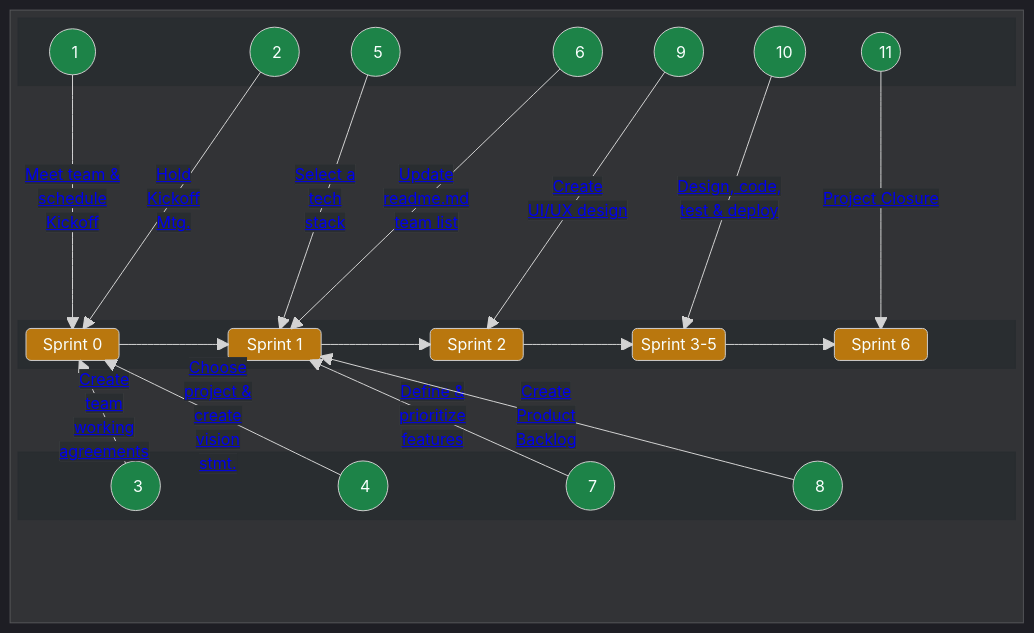
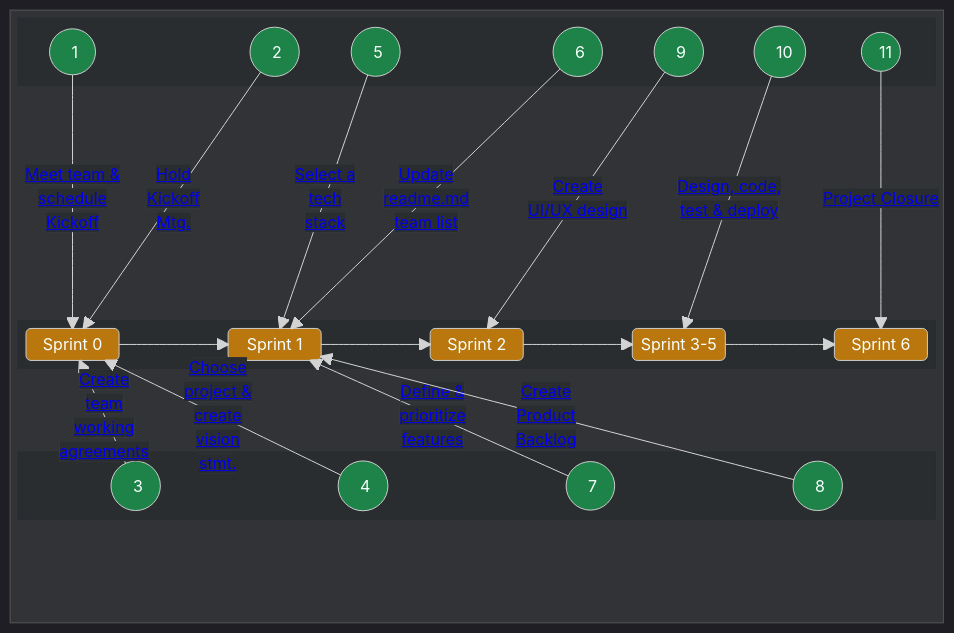
One commit to chingu-voyages/Handbook changed the first of 2 diagrams in docs/guides/voyage/voyage.md. Above: the diagram before and after it, drawn with Mermaid.

Commit message:
Feature: Update sprint diagram task ordering

```diff
--- a/docs/guides/voyage/voyage.md
+++ b/docs/guides/voyage/voyage.md
@@ -65,9 +65,9 @@
   theme: dark
 ---
   block-beta
-    columns 11
+    columns 1
 
-    block:B0:11
+    block:B0:1
       columns 1
       block:B0TOP
         columns 11
```
